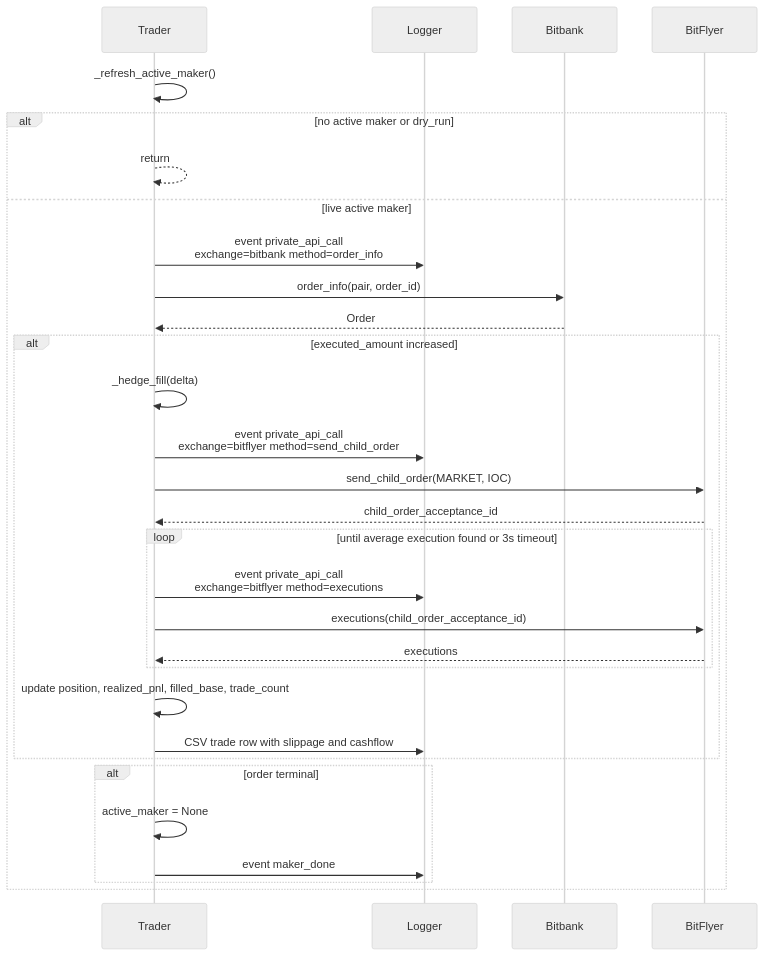
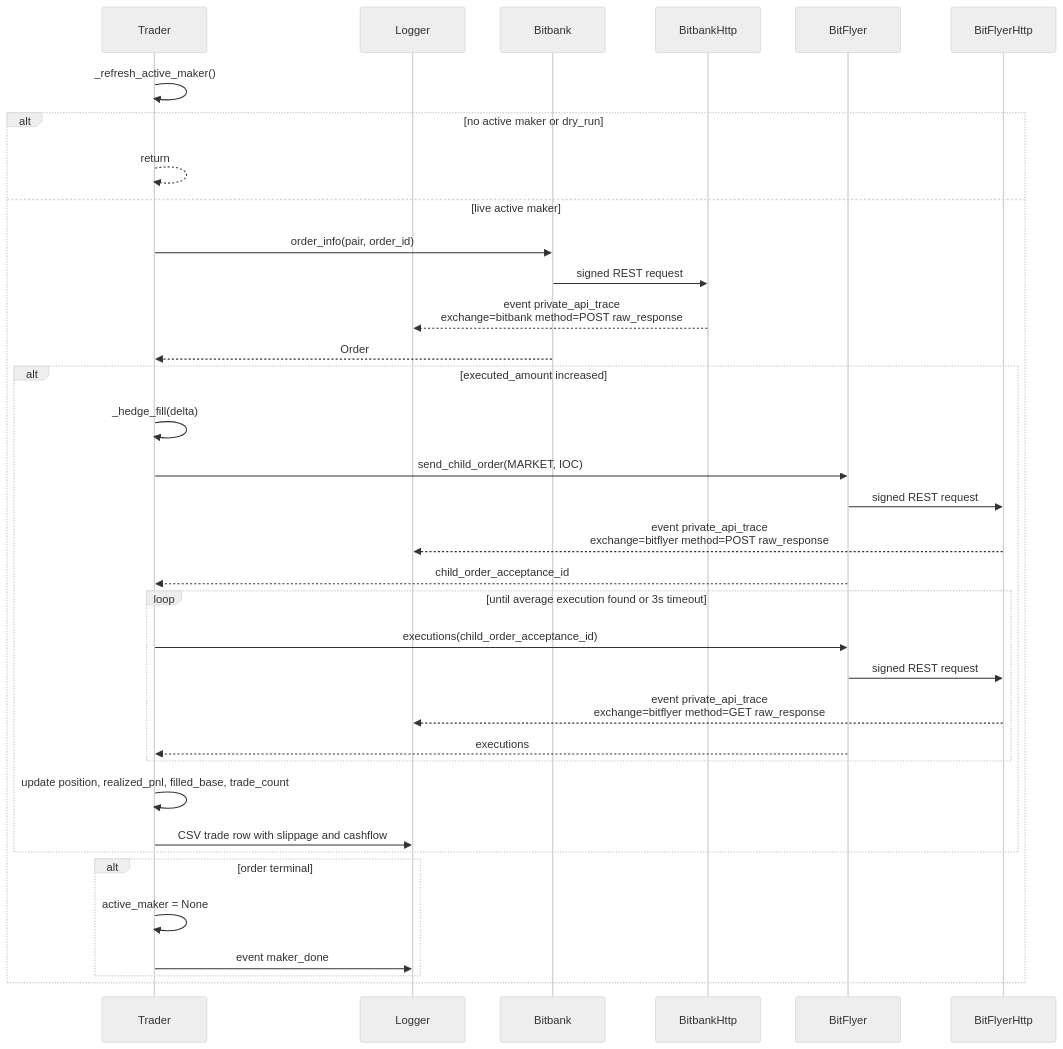
One commit to 00ken00/vibe_bot changed the fifth of 7 diagrams in src/vibe_bot/trades/flowchart.md. Above: the diagram before and after it, drawn with Mermaid (neutral theme). The commit also changed other lines of this file and 6 other files, not shown here.

````diff
--- a/src/vibe_bot/trades/flowchart.md
+++ b/src/vibe_bot/trades/flowchart.md
@@ -107,38 +109,43 @@
 ```mermaid
 sequenceDiagram
     participant Trader
     participant Logger
     participant Bitbank
+    participant BitbankHttp
     participant BitFlyer
+    participant BitFlyerHttp
 
     Trader->>Trader: _refresh_active_maker()
 
     alt no active maker or dry_run
         Trader-->>Trader: return
     else live active maker
-        Trader->>Logger: event private_api_call<br/>exchange=bitbank method=order_info
         Trader->>Bitbank: order_info(pair, order_id)
+        Bitbank->>BitbankHttp: signed REST request
+        BitbankHttp-->>Logger: event private_api_trace<br/>exchange=bitbank method=POST raw_response
         Bitbank-->>Trader: Order
 
         alt executed_amount increased
             Trader->>Trader: _hedge_fill(delta)
-            Trader->>Logger: event private_api_call<br/>exchange=bitflyer method=send_child_order
             Trader->>BitFlyer: send_child_order(MARKET, IOC)
+            BitFlyer->>BitFlyerHttp: signed REST request
+            BitFlyerHttp-->>Logger: event private_api_trace<br/>exchange=bitflyer method=POST raw_response
             BitFlyer-->>Trader: child_order_acceptance_id
 
             loop until average execution found or 3s timeout
-                Trader->>Logger: event private_api_call<br/>exchange=bitflyer method=executions
                 Trader->>BitFlyer: executions(child_order_acceptance_id)
+                BitFlyer->>BitFlyerHttp: signed REST request
+                BitFlyerHttp-->>Logger: event private_api_trace<br/>exchange=bitflyer method=GET raw_response
                 BitFlyer-->>Trader: executions
             end
 
             Trader->>Trader: update position, realized_pnl, filled_base, trade_count
             Trader->>Logger: CSV trade row with slippage and cashflow
         end
 
         alt order terminal
             Trader->>Trader: active_maker = None
             Trader->>Logger: event maker_done
         end
     end
 ```
````
